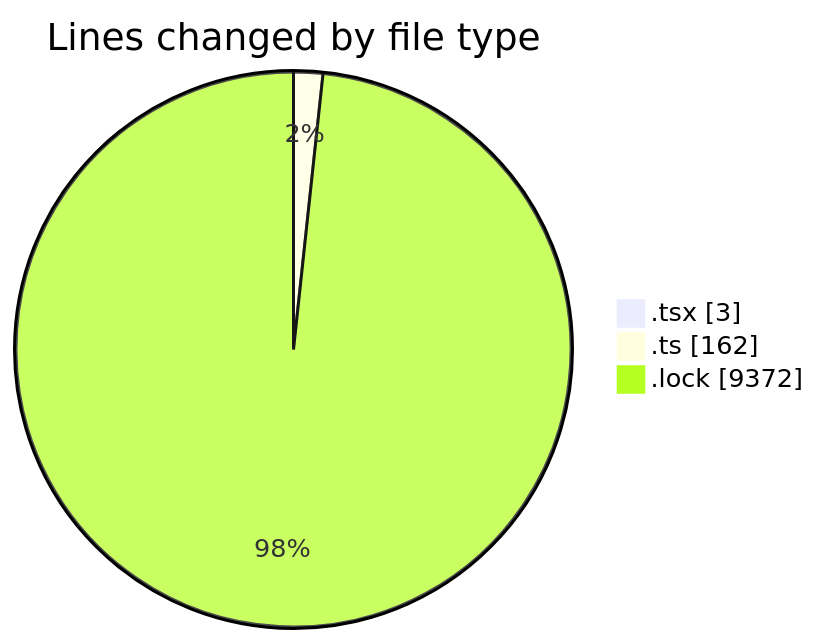
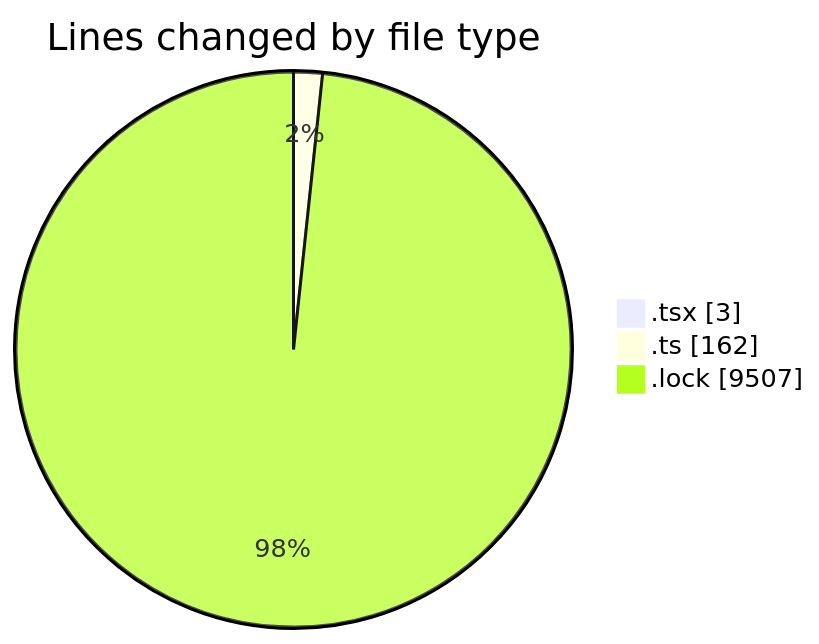
One commit to momahboobian/code-tracking changed the first of 2 diagrams in 2026-02-18/cda/README.md. Above: the diagram before and after it, drawn with Mermaid. The commit also changed other lines of this file and 1 other file, not shown here.

````diff
--- a/2026-02-18/cda/README.md
+++ b/2026-02-18/cda/README.md
@@ -22,7 +23,7 @@
 ```mermaid
 pie showData
 title Lines changed by file type
 ".tsx" : 3
 ".ts" : 162
-".lock" : 9372
+".lock" : 9507
 ```
````
